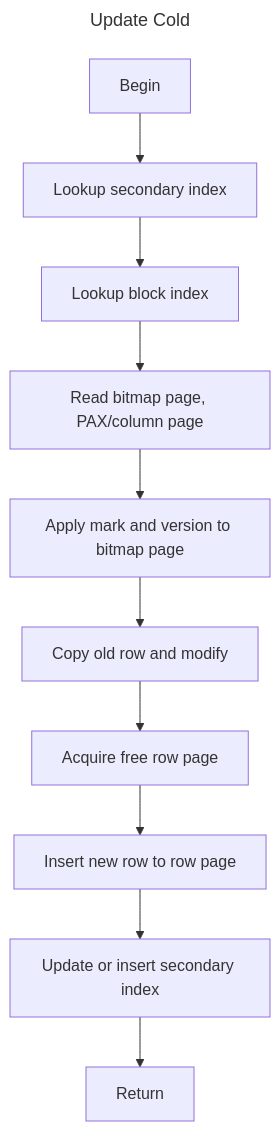
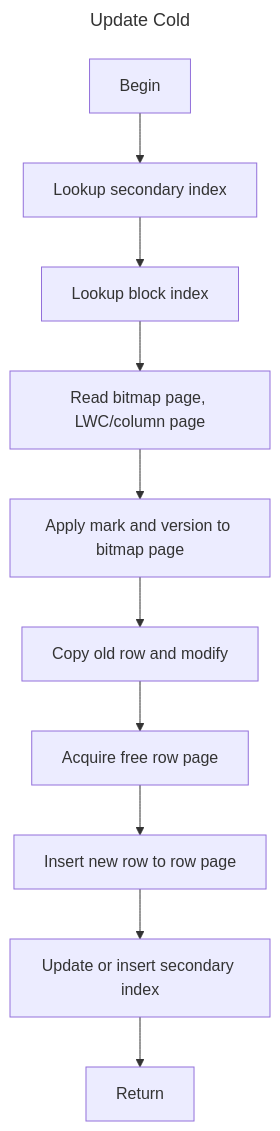
Before and after one commit to jiangzhe/doradb: the fifth of 6 diagrams in doradb-storage/docs/architecture.md, drawn with Mermaid. The commit also changed other lines of this file and 5 other files, not shown here.

Commit message:
add LWC page and refine bitpacking

````diff
--- a/doradb-storage/docs/architecture.md
+++ b/doradb-storage/docs/architecture.md
@@ -127,16 +128,16 @@
 ```mermaid
 ---
 title: Update Cold
 ---
 flowchart TD
     A[Begin]
     A --> B[Lookup secondary index]
     B --> C[Lookup block index]
-    C --> D[Read bitmap page, PAX/column page]
+    C --> D[Read bitmap page, LWC/column page]
     D --> E[Apply mark and version to bitmap page]
     E --> F[Copy old row and modify]
     F --> G[Acquire free row page]
     G --> H[Insert new row to row page]
     H --> I[Update or insert secondary index]
     I --> J[Return]
 ```
````
